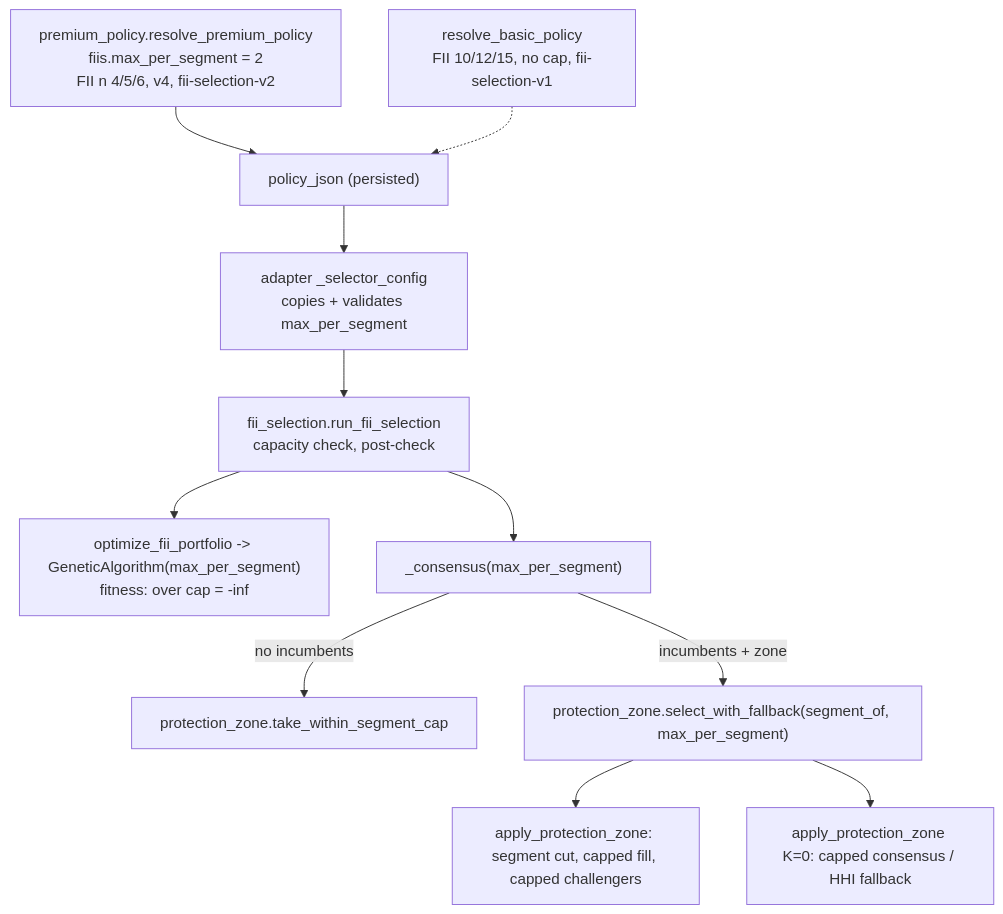
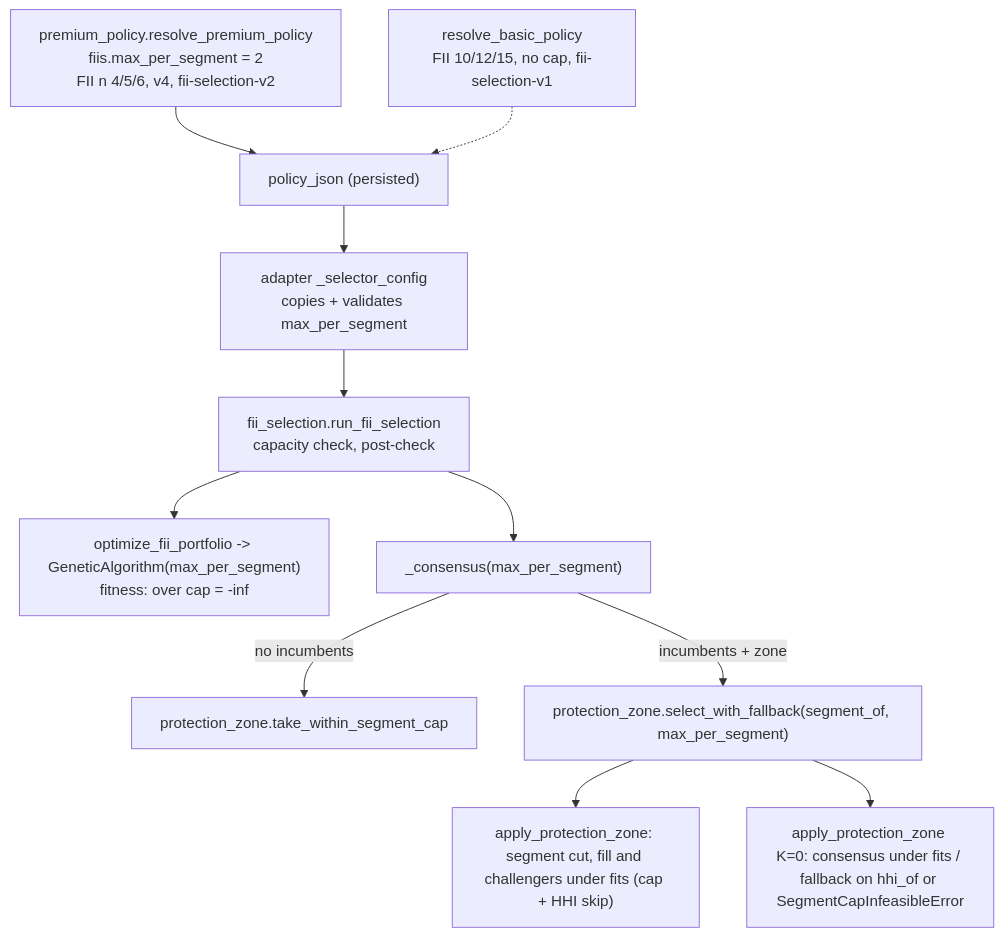
The diagram in .specs/features/fii-segment-cap/design.md (caiomugarte/TCC), drawn with Mermaid before and after one commit. The commit also changed other lines of this file and 3 other files, not shown here.

First line of the commit message:
docs(spec): address spec review r1 for FII segment cap (#56)

````diff
--- a/.specs/features/fii-segment-cap/design.md
+++ b/.specs/features/fii-segment-cap/design.md
@@ -15,13 +15,13 @@
 ```mermaid
 graph TD
     P["premium_policy.resolve_premium_policy<br/>fiis.max_per_segment = 2<br/>FII n 4/5/6, v4, fii-selection-v2"] --> PJ["policy_json (persisted)"]
     PJ --> A["adapter _selector_config<br/>copies + validates max_per_segment"]
     A --> R["fii_selection.run_fii_selection<br/>capacity check, post-check"]
     R --> O["optimize_fii_portfolio -> GeneticAlgorithm(max_per_segment)<br/>fitness: over cap = -inf"]
     R --> C["_consensus(max_per_segment)"]
     C -->|no incumbents| T["protection_zone.take_within_segment_cap"]
     C -->|incumbents + zone| S["protection_zone.select_with_fallback(segment_of, max_per_segment)"]
-    S --> Z["apply_protection_zone: segment cut, capped fill, capped challengers"]
-    S --> Z0["apply_protection_zone K=0: capped consensus / HHI fallback"]
+    S --> Z["apply_protection_zone: segment cut, fill and challengers under fits (cap + HHI skip)"]
+    S --> Z0["apply_protection_zone K=0: consensus under fits / fallback on hhi_of or SegmentCapInfeasibleError"]
     B["resolve_basic_policy<br/>FII 10/12/15, no cap, fii-selection-v1"] -.-> PJ
 ```
````
